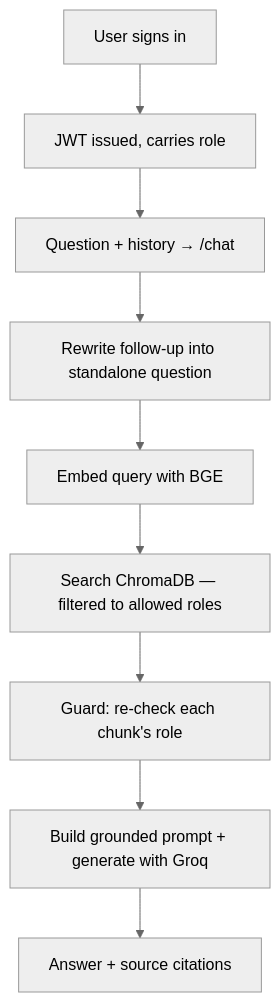
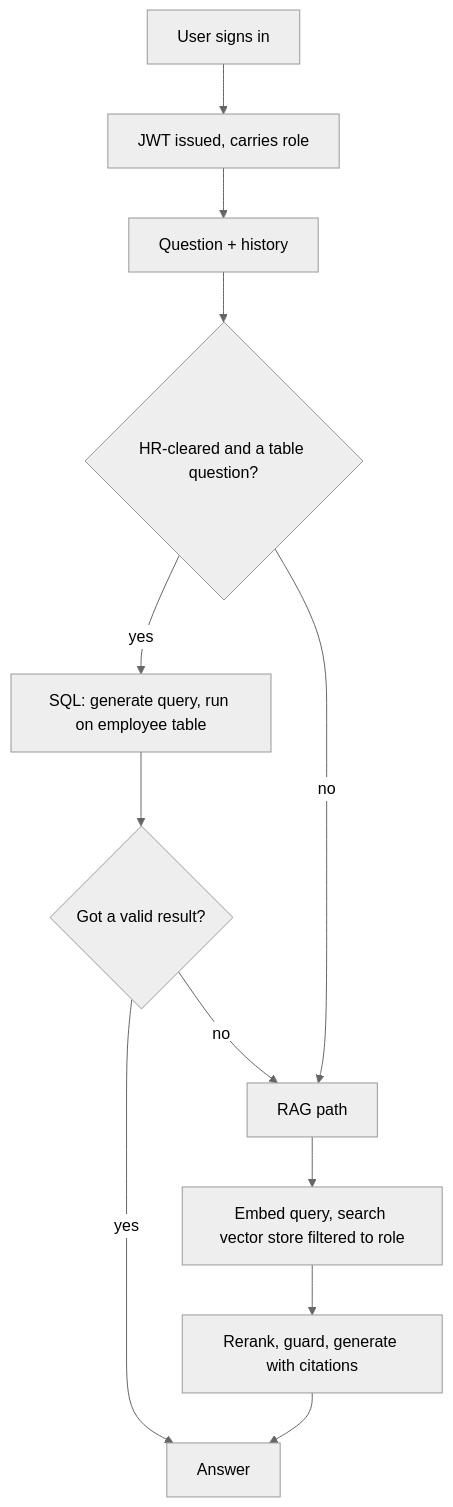
One commit to chai-sura/Finance-RAG-chatbot changed the diagram in README.md. Above: the diagram before and after it, drawn with Mermaid (neutral theme). The commit also changed other lines of this file and 5 other files, not shown here.

````diff
--- a/README.md
+++ b/README.md
@@ -26,11 +35,14 @@
 ```mermaid
 flowchart TD
     A[User signs in] --> B[JWT issued, carries role]
-    B --> C[Question + history → /chat]
-    C --> D[Rewrite follow-up into standalone question]
-    D --> E[Embed query with BGE]
-    E --> F[Search ChromaDB — filtered to allowed roles]
-    F --> G[Guard: re-check each chunk's role]
-    G --> H[Build grounded prompt + generate with Groq]
-    H --> I[Answer + source citations]
+    B --> C[Question + history]
+    C --> D{HR-cleared and a table question?}
+    D -- yes --> E[SQL: generate query, run on employee table]
+    E --> F{Got a valid result?}
+    F -- yes --> Z[Answer]
+    F -- no --> G[RAG path]
+    D -- no --> G[RAG path]
+    G --> H[Embed query, search vector store filtered to role]
+    H --> I[Rerank, guard, generate with citations]
+    I --> Z[Answer]
 ```
````
